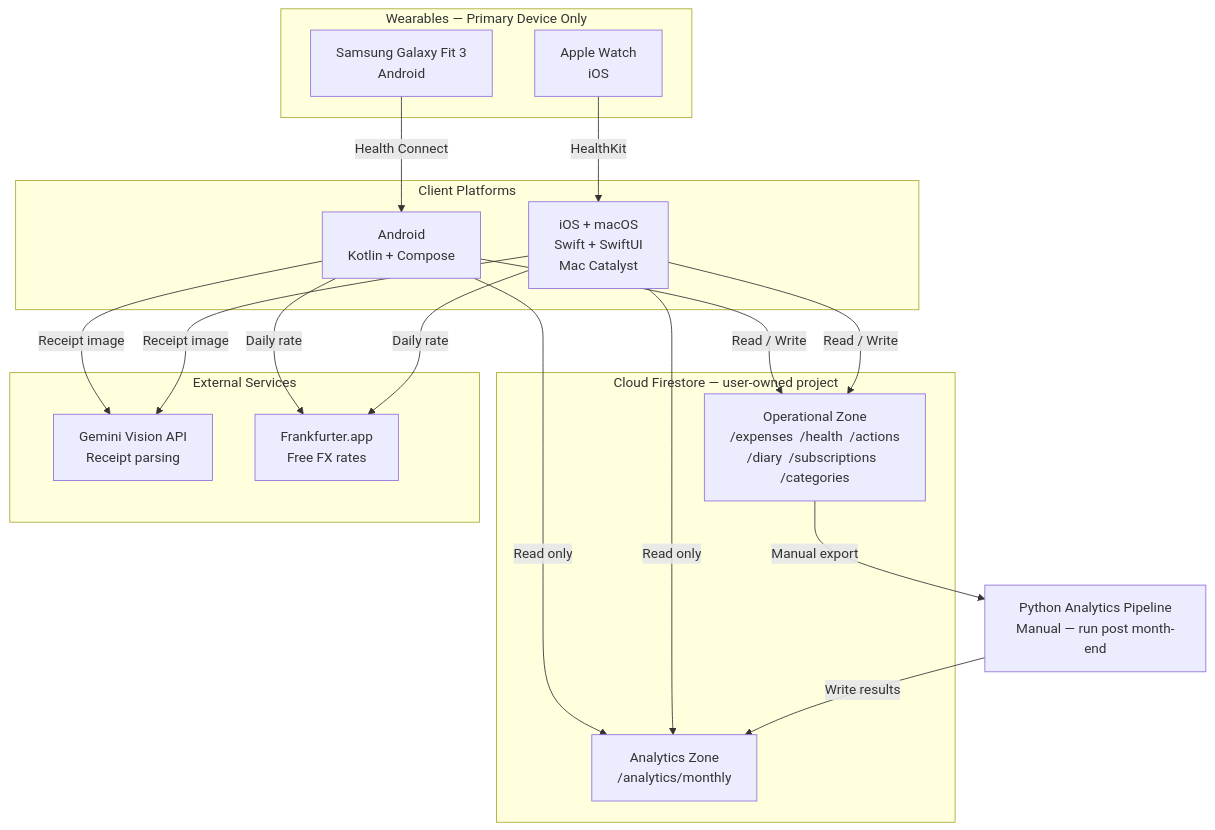
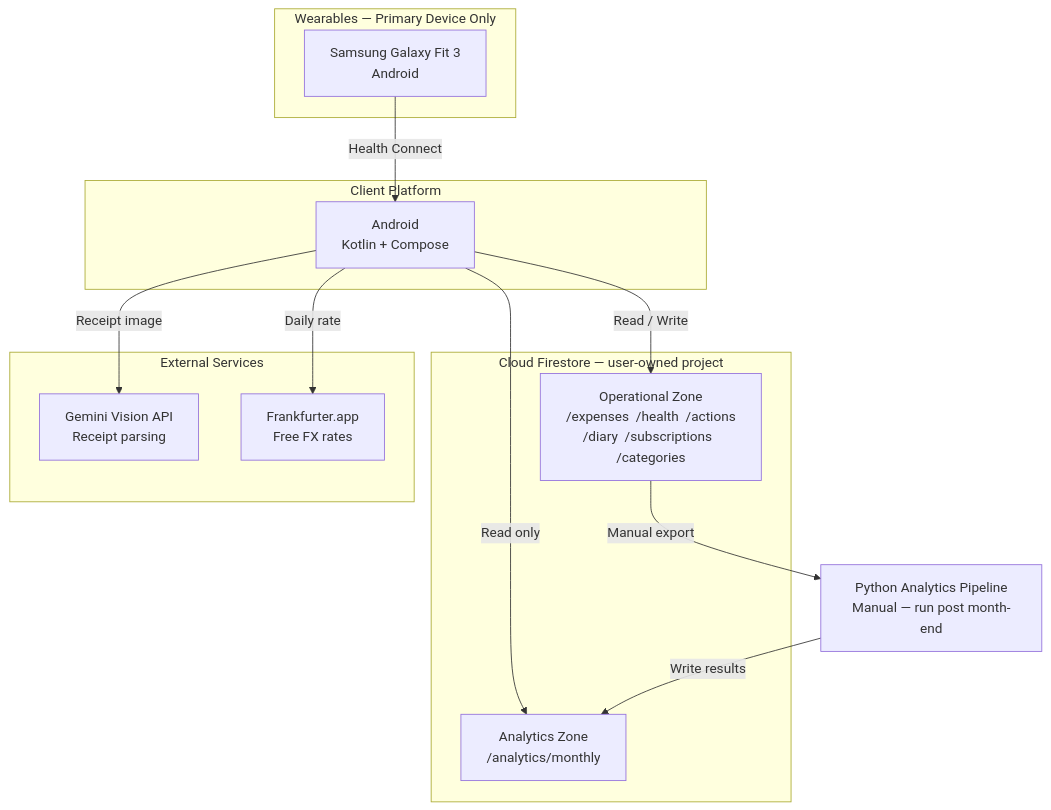
Before and after one commit to shadow-library/memoir-android: the first of 10 diagrams in docs/ARCHITECTURE.md, drawn with Mermaid. The commit also changed other lines of this file and 75 other files, not shown here.

First line of the commit message:
refactor: enforce clean architecture across data/domain/ui layers (#8)

````diff
--- a/docs/ARCHITECTURE.md
+++ b/docs/ARCHITECTURE.md
@@ -67,37 +65,30 @@
 ```mermaid
 graph TB
-    subgraph Clients["Client Platforms"]
+    subgraph Clients["Client Platform"]
         AND["Android<br/>Kotlin + Compose"]
-        IOS["iOS + macOS<br/>Swift + SwiftUI<br/>Mac Catalyst"]
     end
 
     subgraph Wearables["Wearables — Primary Device Only"]
         FIT["Samsung Galaxy Fit 3<br/>Android"]
-        AW["Apple Watch<br/>iOS"]
     end
 
     subgraph FS["Cloud Firestore — user-owned project"]
         OZ["Operational Zone<br/>/expenses  /health  /actions<br/>/diary  /subscriptions  /categories"]
         AZ["Analytics Zone<br/>/analytics/monthly"]
     end
 
     subgraph Ext["External Services"]
         GEMINI["Gemini Vision API<br/>Receipt parsing"]
         FX["Frankfurter.app<br/>Free FX rates"]
     end
 
     PY["Python Analytics Pipeline<br/>Manual — run post month-end"]
 
     FIT -- "Health Connect" --> AND
-    AW -- "HealthKit" --> IOS
     AND -- "Read / Write" --> OZ
-    IOS -- "Read / Write" --> OZ
     AND -- "Read only" --> AZ
-    IOS -- "Read only" --> AZ
     AND -- "Receipt image" --> GEMINI
-    IOS -- "Receipt image" --> GEMINI
     AND -- "Daily rate" --> FX
-    IOS -- "Daily rate" --> FX
     OZ -- "Manual export" --> PY
     PY -- "Write results" --> AZ
 ```
````
